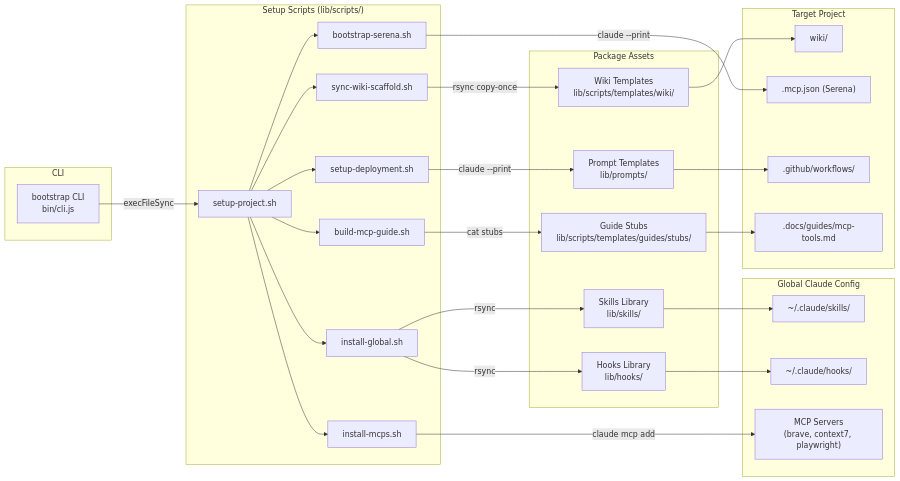
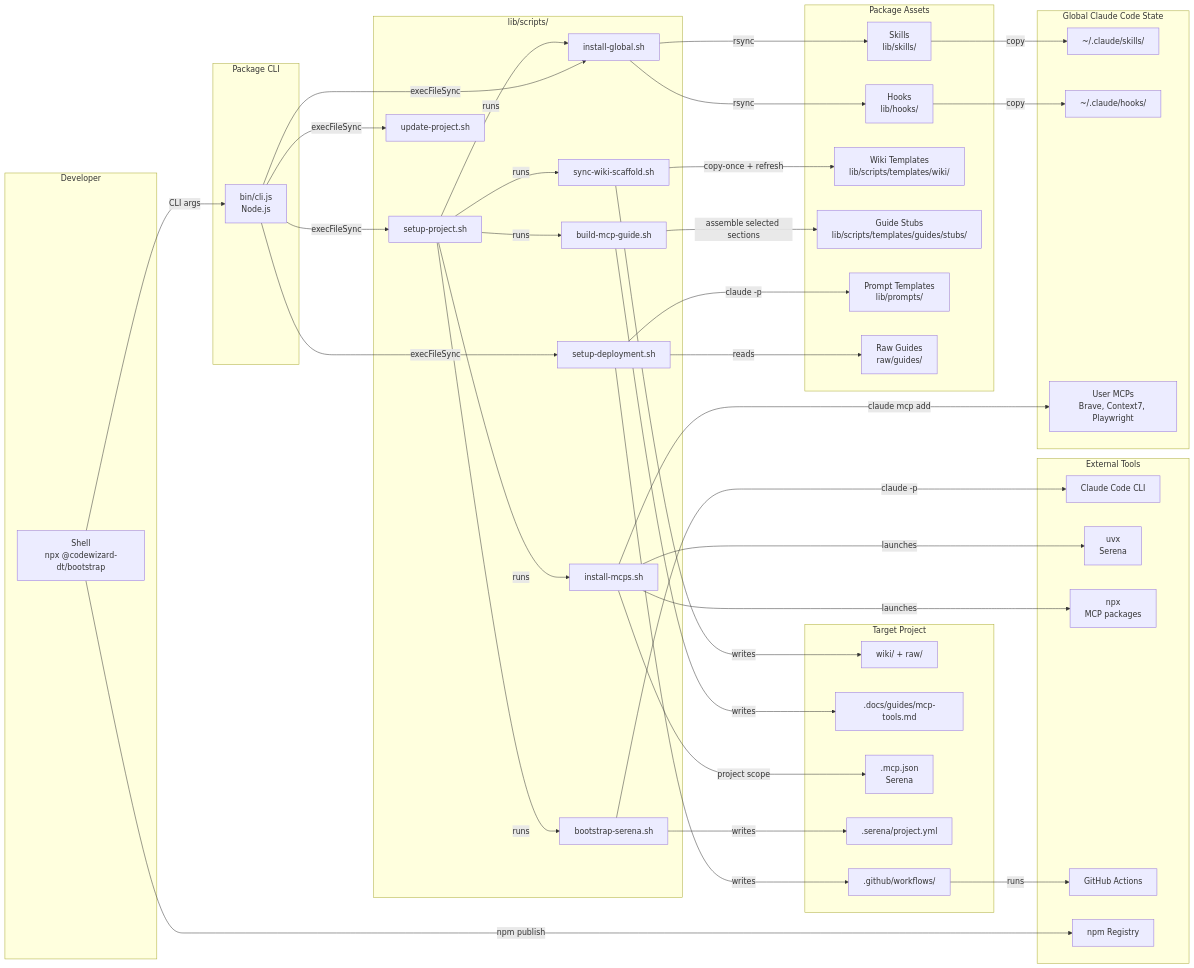
Before and after one commit to codewizard-dt/bootstrap-claude: the first of 3 diagrams in README.md, drawn with Mermaid. The commit also changed other lines of this file and 18 other files, not shown here.

Commit message:
[minor] Decouple deployment from setup, add unit-test promotion to /uat-generate, normalize archive/ paths across skills

````diff
--- a/README.md
+++ b/README.md
@@ -97,52 +99,82 @@
 ```mermaid
 flowchart LR
-  subgraph CLI ["CLI"]
-    BIN["bootstrap CLI<br/>bin/cli.js"]
+  subgraph User ["Developer"]
+    DEV["Shell<br/>npx @codewizard-dt/bootstrap"]
   end
 
-  subgraph Scripts ["Setup Scripts (lib/scripts/)"]
+  subgraph CLI ["Package CLI"]
+    BIN["bin/cli.js<br/>Node.js"]
+  end
+
+  subgraph Scripts ["lib/scripts/"]
     SETUP["setup-project.sh"]
+    UPDATE["update-project.sh"]
     INSTALL["install-global.sh"]
     MCPS["install-mcps.sh"]
     WIKI["sync-wiki-scaffold.sh"]
     GUIDE["build-mcp-guide.sh"]
     DEPLOY["setup-deployment.sh"]
     SERENA["bootstrap-serena.sh"]
   end
 
   subgraph Assets ["Package Assets"]
-    SKILLS["Skills Library<br/>lib/skills/"]
-    HOOKS["Hooks Library<br/>lib/hooks/"]
-    PROMPTS["Prompt Templates<br/>lib/prompts/"]
+    SKILLS["Skills<br/>lib/skills/"]
+    HOOKS["Hooks<br/>lib/hooks/"]
     TEMPLATES["Wiki Templates<br/>lib/scripts/templates/wiki/"]
     STUBS["Guide Stubs<br/>lib/scripts/templates/guides/stubs/"]
+    PROMPTS["Prompt Templates<br/>lib/prompts/"]
+    RAW["Raw Guides<br/>raw/guides/"]
   end
 
-  subgraph Global ["Global Claude Config"]
+  subgraph Global ["Global Claude Code State"]
     GSKILLS["~/.claude/skills/"]
     GHOOKS["~/.claude/hooks/"]
-    GMCP["MCP Servers<br/>(brave, context7, playwright)"]
+    GMCP["User MCPs<br/>Brave, Context7, Playwright"]
   end
 
   subgraph Target ["Target Project"]
-    WIKI_DIR["wiki/"]
-    MCP_JSON[".mcp.json (Serena)"]
-    GITHUB[".github/workflows/"]
+    WIKI_DIR["wiki/ + raw/"]
     DOCS[".docs/guides/mcp-tools.md"]
+    MCP_JSON[".mcp.json<br/>Serena"]
+    SERENA_CFG[".serena/project.yml"]
+    WORKFLOWS[".github/workflows/"]
   end
 
+  subgraph External ["External Tools"]
+    CLAUDE["Claude Code CLI"]
+    UVX["uvx<br/>Serena"]
+    NPX["npx<br/>MCP packages"]
+    GHA["GitHub Actions"]
+    NPM["npm Registry"]
+  end
+
+  DEV -->|CLI args| BIN
   BIN -->|execFileSync| SETUP
-  SETUP --> INSTALL
-  SETUP --> MCPS
-  SETUP --> WIKI
-  SETUP --> GUIDE
-  SETUP --> DEPLOY
-  SETUP --> SERENA
-  INSTALL -->|rsync| SKILLS --> GSKILLS
-  INSTALL -->|rsync| HOOKS --> GHOOKS
+  BIN -->|execFileSync| UPDATE
+  BIN -->|execFileSync| INSTALL
+  BIN -->|execFileSync| DEPLOY
+  SETUP -->|runs| MCPS
+  SETUP -->|runs| INSTALL
+  SETUP -->|runs| WIKI
+  SETUP -->|runs| GUIDE
+  SETUP -->|runs| SERENA
+  INSTALL -->|rsync| SKILLS
+  INSTALL -->|rsync| HOOKS
+  SKILLS -->|copy| GSKILLS
+  HOOKS -->|copy| GHOOKS
   MCPS -->|claude mcp add| GMCP
-  WIKI -->|rsync copy-once| TEMPLATES --> WIKI_DIR
-  GUIDE -->|cat stubs| STUBS --> DOCS
-  DEPLOY -->|claude --print| PROMPTS --> GITHUB
-  SERENA -->|claude --print| MCP_JSON
+  MCPS -->|project scope| MCP_JSON
+  MCPS -->|launches| UVX
+  MCPS -->|launches| NPX
+  WIKI -->|copy-once + refresh| TEMPLATES
+  WIKI -->|writes| WIKI_DIR
+  GUIDE -->|assemble selected sections| STUBS
+  GUIDE -->|writes| DOCS
+  DEPLOY -->|claude -p| PROMPTS
+  DEPLOY -->|reads| RAW
+  DEPLOY -->|writes| WORKFLOWS
+  SERENA -->|claude -p| CLAUDE
+  SERENA -->|writes| SERENA_CFG
+  WORKFLOWS -->|runs| GHA
+  DEV -->|npm publish| NPM
 ```
````
